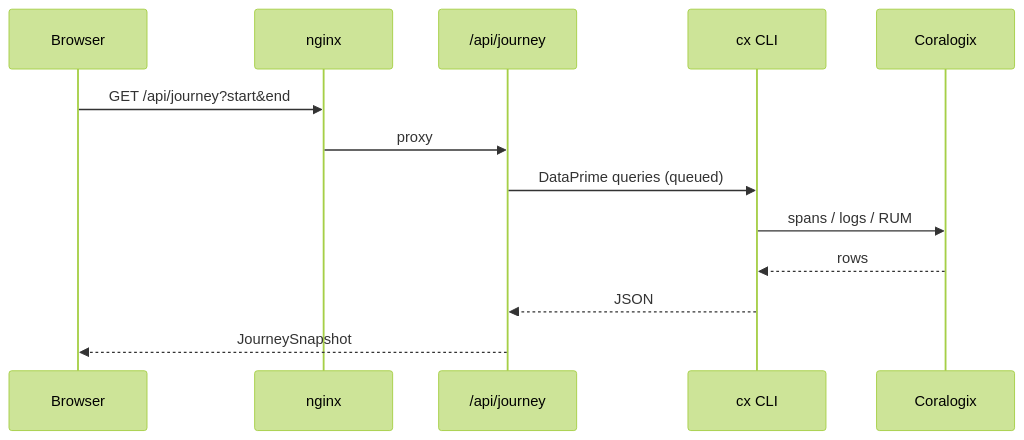
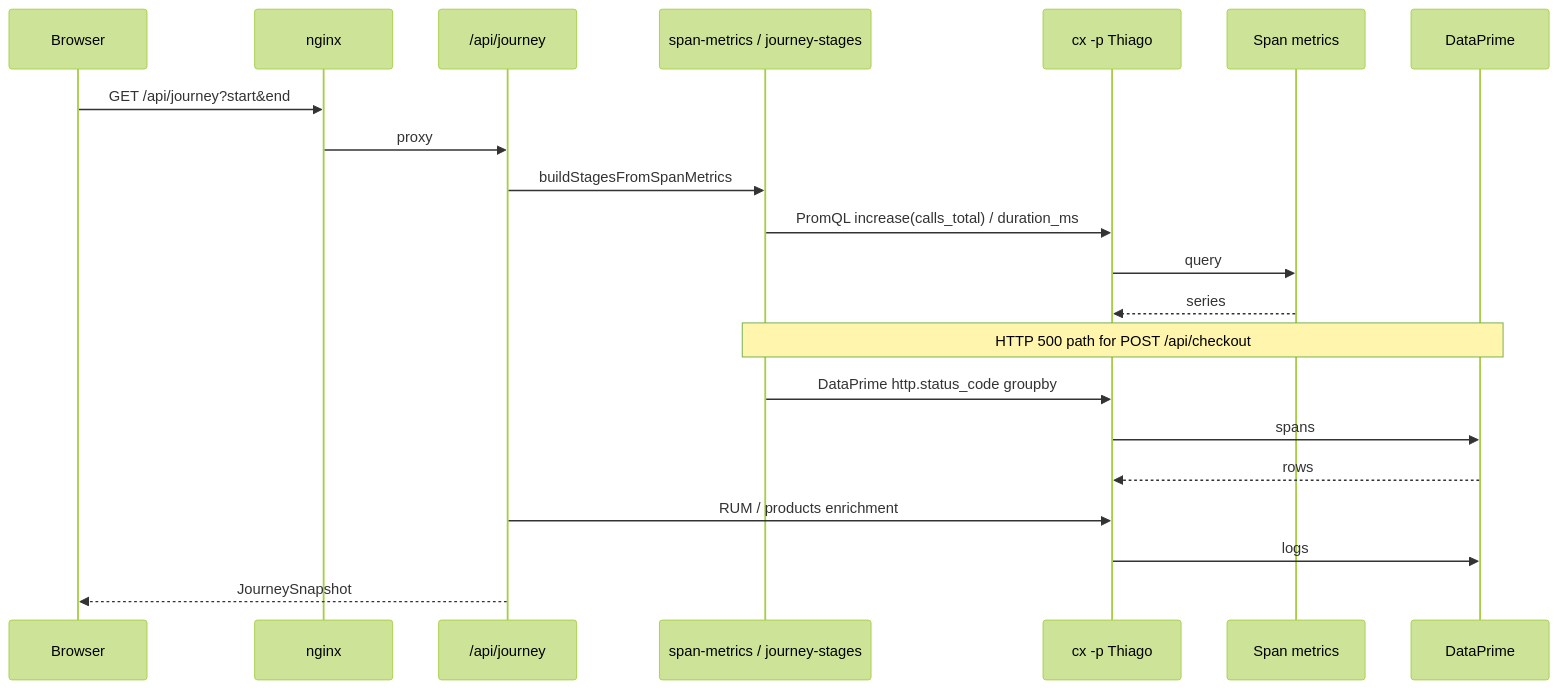
Before and after one commit to tpasin/pathpoint-boutique: the third of 5 diagrams in ARCHITECTURE.md, drawn with Mermaid (forest theme). The commit also changed other lines of this file and 12 other files, not shown here.

First line of the commit message:
Drive Pathpoint lights from span metrics and document the architecture.

````diff
--- a/ARCHITECTURE.md
+++ b/ARCHITECTURE.md
@@ -128,16 +168,24 @@
 ```mermaid
 sequenceDiagram
     participant B as Browser
     participant N as nginx
     participant J as /api/journey
-    participant C as cx CLI
-    participant X as Coralogix
+    participant S as span-metrics / journey-stages
+    participant C as cx -p Thiago
+    participant M as Span metrics
+    participant X as DataPrime
 
     B->>N: GET /api/journey?start&end
     N->>J: proxy
-    J->>C: DataPrime queries (queued)
-    C->>X: spans / logs / RUM
+    J->>S: buildStagesFromSpanMetrics
+    S->>C: PromQL increase(calls_total) / duration_ms
+    C->>M: query
+    M-->>C: series
+    Note over S,X: HTTP 500 path for POST /api/checkout
+    S->>C: DataPrime http.status_code groupby
+    C->>X: spans
     X-->>C: rows
-    C-->>J: JSON
+    J->>C: RUM / products enrichment
+    C->>X: logs
     J-->>B: JourneySnapshot
 ```
````
